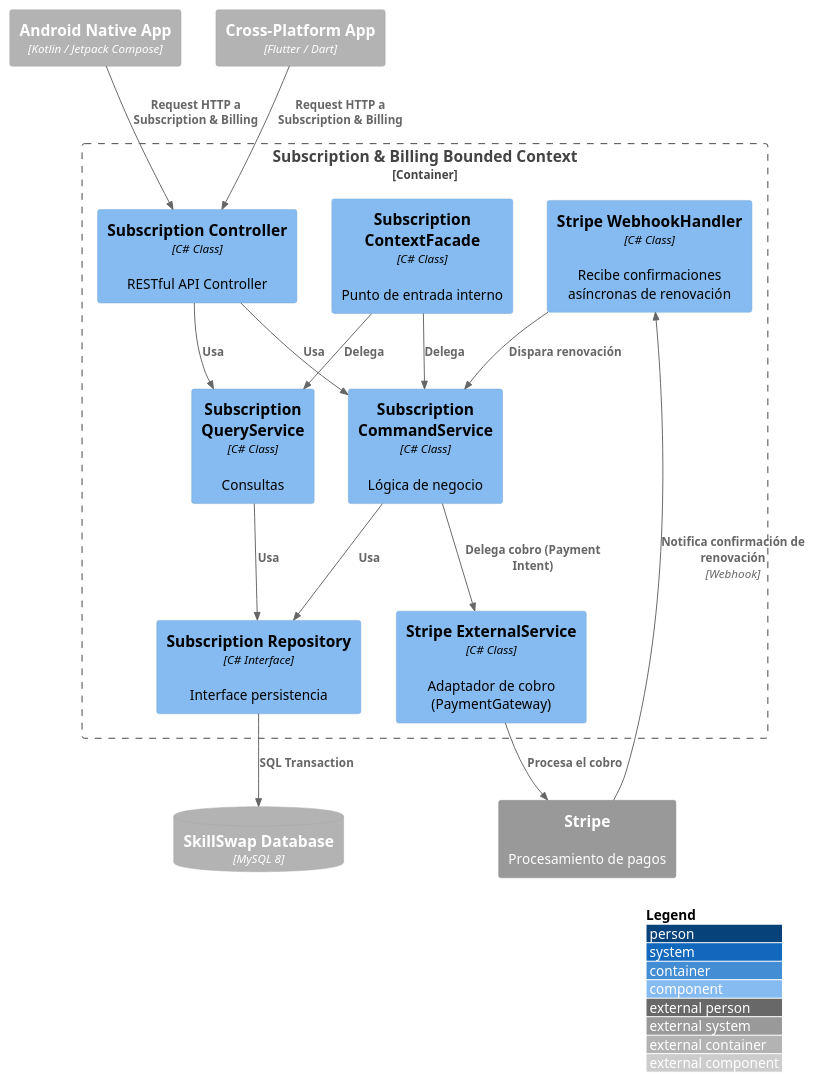
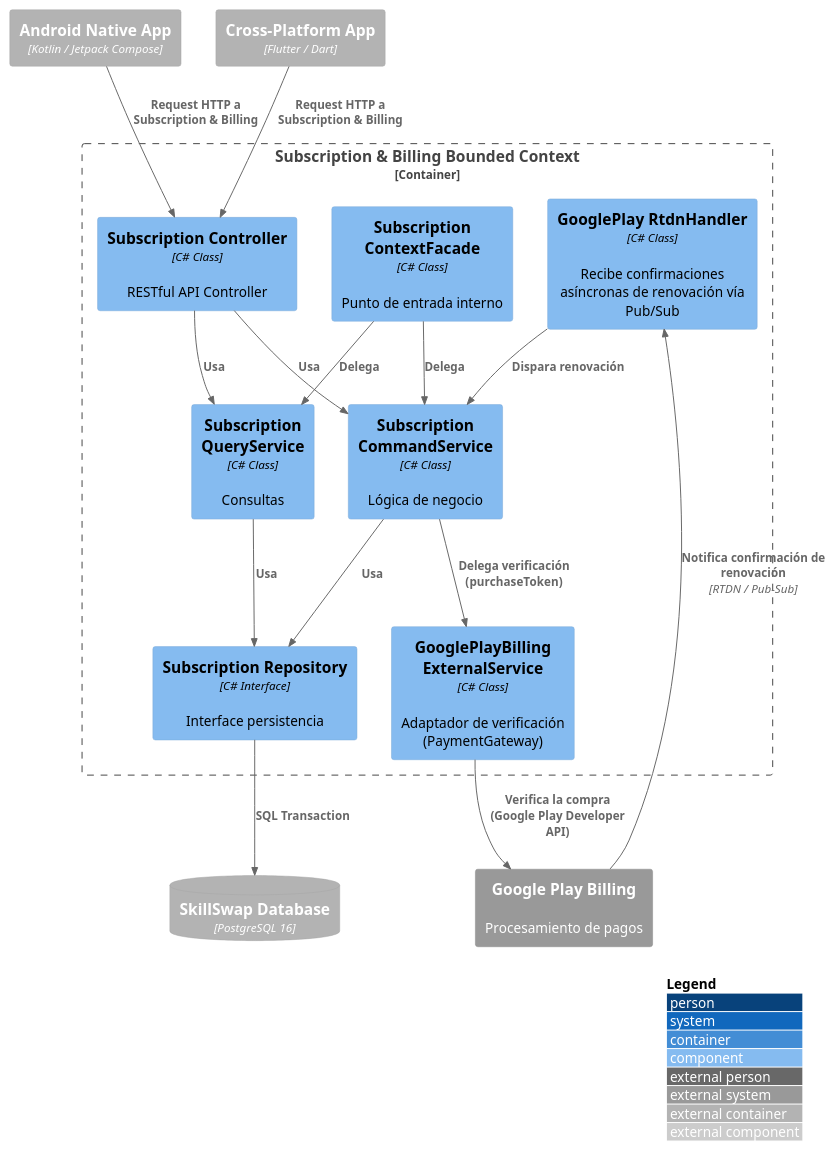
Before and after one commit to Aplicaciones-Dispositivos-Moviles/SkillSwap-ProjectReport: the diagram in DB&C4/Component_Diagram_Subscription_Billing.puml, drawn with PlantUML. The commit also changed 4 other files, not shown here.

```diff
--- a/DB&C4/Component_Diagram_Subscription_Billing.puml
+++ b/DB&C4/Component_Diagram_Subscription_Billing.puml
@@ -1,40 +1,40 @@
 @startuml SubscriptionBillingComponent
 !include https://raw.githubusercontent.com/plantuml-stdlib/C4-PlantUML/master/C4_Component.puml
 
 LAYOUT_WITH_LEGEND()
 
 Container_Ext(androidApp, "Android Native App", "Kotlin / Jetpack Compose")
 Container_Ext(flutterApp, "Cross-Platform App", "Flutter / Dart")
-ContainerDb_Ext(mainDB, "SkillSwap Database", "MySQL 8")
-System_Ext(stripeApi, "Stripe", "Procesamiento de pagos")
+ContainerDb_Ext(mainDB, "SkillSwap Database", "PostgreSQL 16")
+System_Ext(googlePlayBilling, "Google Play Billing", "Procesamiento de pagos")
 
 Container_Boundary(subscriptionBC, "Subscription & Billing Bounded Context") {
     Component(subscriptionController, "Subscription Controller", "C# Class", "RESTful API Controller")
     Component(subscriptionCommandService, "Subscription CommandService", "C# Class", "Lógica de negocio")
     Component(subscriptionQueryService, "Subscription QueryService", "C# Class", "Consultas")
     Component(subscriptionRepository, "Subscription Repository", "C# Interface", "Interface persistencia")
-    Component(stripeGatewayExternal, "Stripe ExternalService", "C# Class", "Adaptador de cobro (PaymentGateway)")
-    Component(webhookHandler, "Stripe WebhookHandler", "C# Class", "Recibe confirmaciones asíncronas de renovación")
+    Component(googlePlayGatewayExternal, "GooglePlayBilling ExternalService", "C# Class", "Adaptador de verificación (PaymentGateway)")
+    Component(rtdnHandler, "GooglePlay RtdnHandler", "C# Class", "Recibe confirmaciones asíncronas de renovación vía Pub/Sub")
     Component(subscriptionContextFacade, "Subscription ContextFacade", "C# Class", "Punto de entrada interno")
 }
 
 Rel(androidApp, subscriptionController, "Request HTTP a Subscription & Billing")
 Rel(flutterApp, subscriptionController, "Request HTTP a Subscription & Billing")
 
 Rel(subscriptionController, subscriptionCommandService, "Usa")
 Rel(subscriptionController, subscriptionQueryService, "Usa")
 
 Rel(subscriptionCommandService, subscriptionRepository, "Usa")
 Rel(subscriptionQueryService, subscriptionRepository, "Usa")
 Rel(subscriptionRepository, mainDB, "SQL Transaction")
 
-Rel(subscriptionCommandService, stripeGatewayExternal, "Delega cobro (Payment Intent)")
-Rel(stripeGatewayExternal, stripeApi, "Procesa el cobro")
+Rel(subscriptionCommandService, googlePlayGatewayExternal, "Delega verificación (purchaseToken)")
+Rel(googlePlayGatewayExternal, googlePlayBilling, "Verifica la compra (Google Play Developer API)")
 
-Rel(stripeApi, webhookHandler, "Notifica confirmación de renovación", "Webhook")
-Rel(webhookHandler, subscriptionCommandService, "Dispara renovación")
+Rel(googlePlayBilling, rtdnHandler, "Notifica confirmación de renovación", "RTDN / Pub-Sub")
+Rel(rtdnHandler, subscriptionCommandService, "Dispara renovación")
 
 Rel(subscriptionContextFacade, subscriptionCommandService, "Delega")
 Rel(subscriptionContextFacade, subscriptionQueryService, "Delega")
 
 @enduml
```
